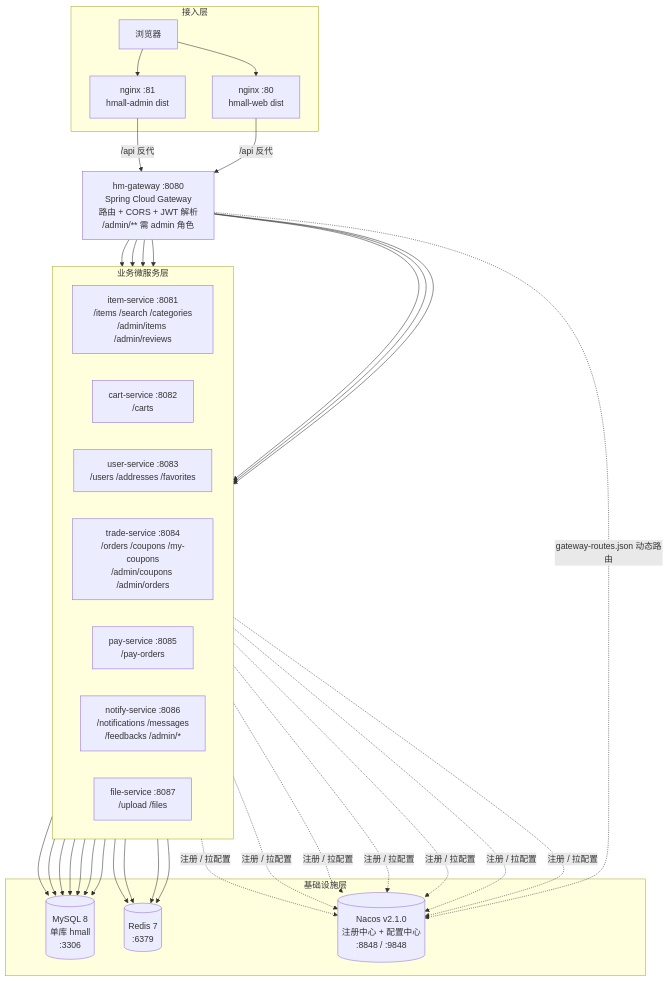
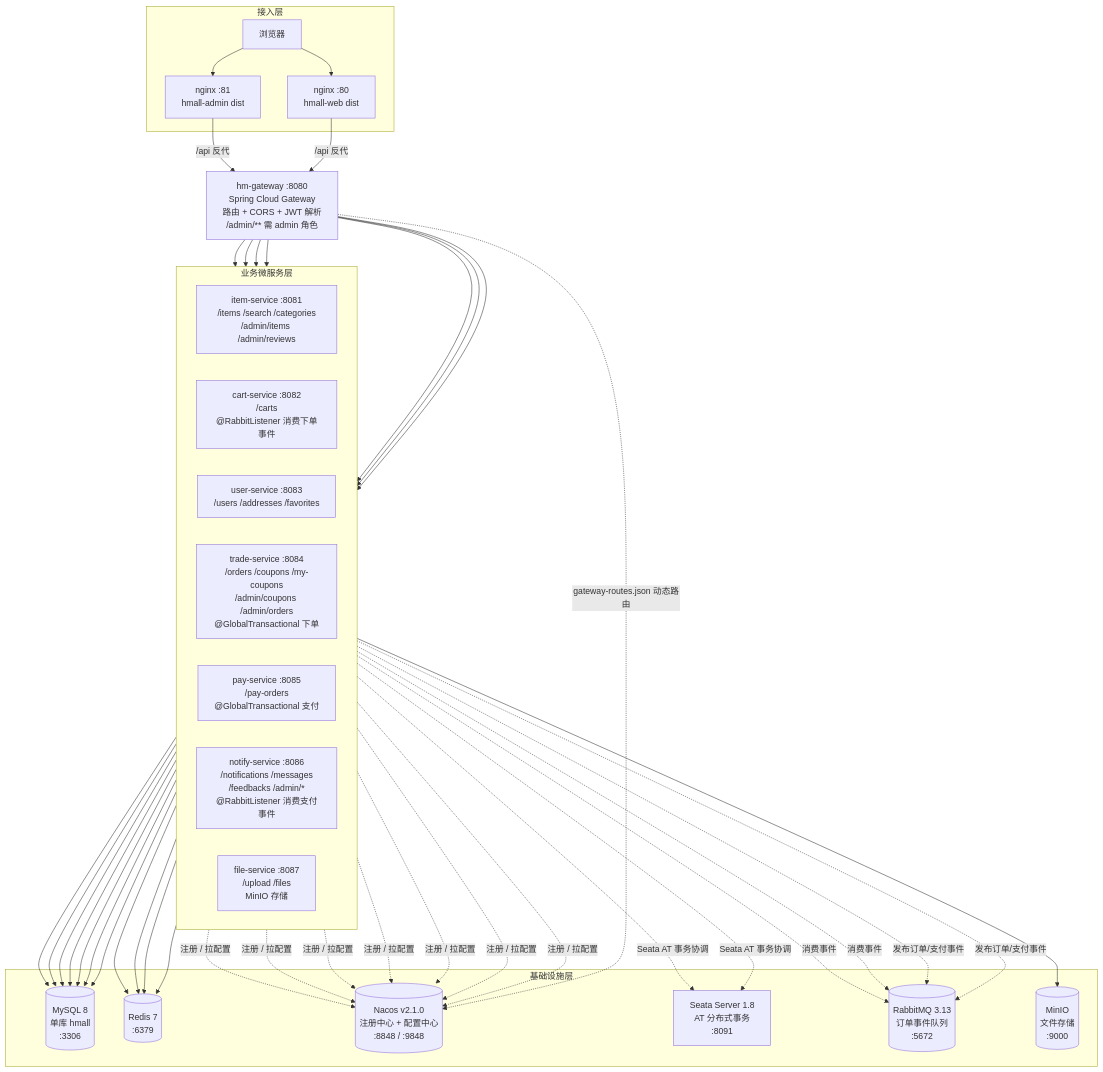
Before and after one commit to 3219378872/web-dev-experiment: the first of 2 diagrams in docs/structure/01-system-architecture.md, drawn with Mermaid. The commit also changed other lines of this file and 4 other files, not shown here.

First line of the commit message:
docs: update structure diagrams for Seata/RabbitMQ/MinIO integration

````diff
--- a/docs/structure/01-system-architecture.md
+++ b/docs/structure/01-system-architecture.md
@@ -8,39 +9,47 @@
 ```mermaid
 flowchart TB
     subgraph L1[接入层]
         Browser[浏览器]
         WebNginx[nginx :80<br/>hmall-web dist]
         AdminNginx[nginx :81<br/>hmall-admin dist]
     end
 
     GW["hm-gateway :8080<br/>Spring Cloud Gateway<br/>路由 + CORS + JWT 解析<br/>/admin/** 需 admin 角色"]
 
     subgraph L3[业务微服务层]
         direction LR
         IS["item-service :8081<br/>/items /search /categories<br/>/admin/items /admin/reviews"]
-        CS["cart-service :8082<br/>/carts"]
+        CS["cart-service :8082<br/>/carts<br/>@RabbitListener 消费下单事件"]
         US["user-service :8083<br/>/users /addresses /favorites"]
-        TS["trade-service :8084<br/>/orders /coupons /my-coupons<br/>/admin/coupons /admin/orders"]
-        PS["pay-service :8085<br/>/pay-orders"]
-        NS["notify-service :8086<br/>/notifications /messages<br/>/feedbacks /admin/*"]
-        FS["file-service :8087<br/>/upload /files"]
+        TS["trade-service :8084<br/>/orders /coupons /my-coupons<br/>/admin/coupons /admin/orders<br/>@GlobalTransactional 下单"]
+        PS["pay-service :8085<br/>/pay-orders<br/>@GlobalTransactional 支付"]
+        NS["notify-service :8086<br/>/notifications /messages<br/>/feedbacks /admin/*<br/>@RabbitListener 消费支付事件"]
+        FS["file-service :8087<br/>/upload /files<br/>MinIO 存储"]
     end
 
     subgraph L4[基础设施层]
         DB[("MySQL 8<br/>单库 hmall<br/>:3306")]
         Redis[("Redis 7<br/>:6379")]
         Nacos[("Nacos v2.1.0<br/>注册中心 + 配置中心<br/>:8848 / :9848")]
+        Seata["Seata Server 1.8<br/>AT 分布式事务<br/>:8091"]
+        RabbitMQ[("RabbitMQ 3.13<br/>订单事件队列<br/>:5672")]
+        MinIO[("MinIO<br/>文件存储<br/>:9000")]
     end
 
     Browser --> WebNginx
     Browser --> AdminNginx
     WebNginx -- "/api 反代" --> GW
     AdminNginx -- "/api 反代" --> GW
 
     GW --> IS & CS & US & TS & PS & NS & FS
 
     IS & CS & US & TS & PS & NS & FS --> DB
     IS & CS & US & TS --> Redis
     IS & CS & US & TS & PS & NS & FS -. "注册 / 拉配置" .-> Nacos
     GW -. "gateway-routes.json 动态路由" .-> Nacos
+
+    TS & PS -. "Seata AT 事务协调" .-> Seata
+    TS & PS -. "发布订单/支付事件" .-> RabbitMQ
+    CS & NS -. "消费事件" .-> RabbitMQ
+    FS --> MinIO
 ```
````
